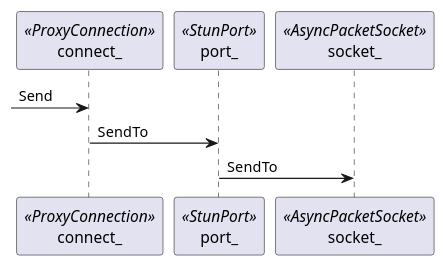
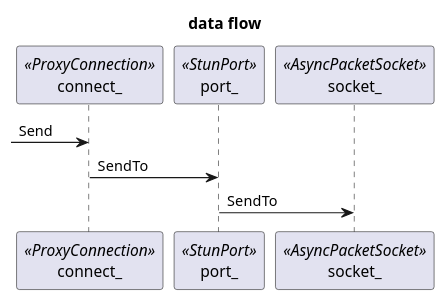
Before and after one commit to mingxin505/webrtcNote: diagram 17 of 19 in webrtc_chrome/Design.md, drawn with PlantUML. The commit also changed other lines of this file and 5 other files, not shown here.

````diff
--- a/webrtc_chrome/Design.md
+++ b/webrtc_chrome/Design.md
@@ -294,8 +297,9 @@
 ```plantuml 
+title "data flow"
 participant connect_ <<ProxyConnection>>
 participant port_ <<StunPort>>
 participant socket_ <<AsyncPacketSocket>>
 -> connect_ : Send
 connect_ -> port_ : SendTo
 port_ -> socket_ : SendTo
 ```
````
